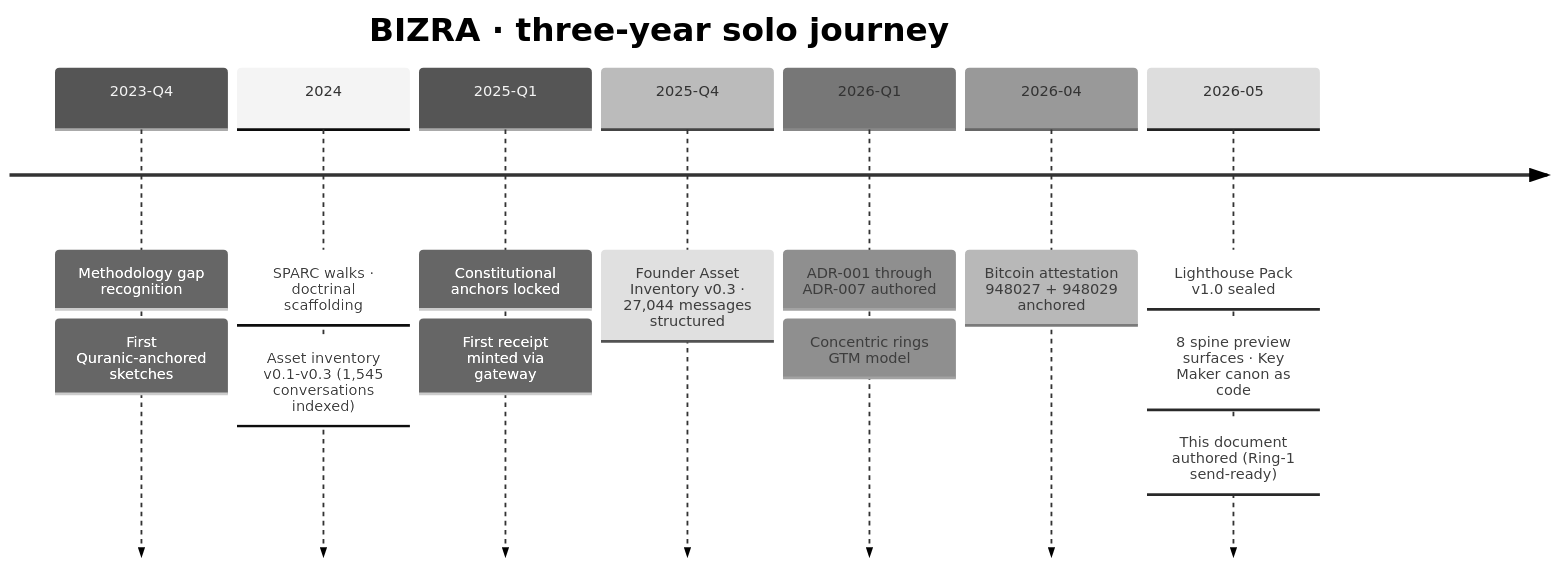
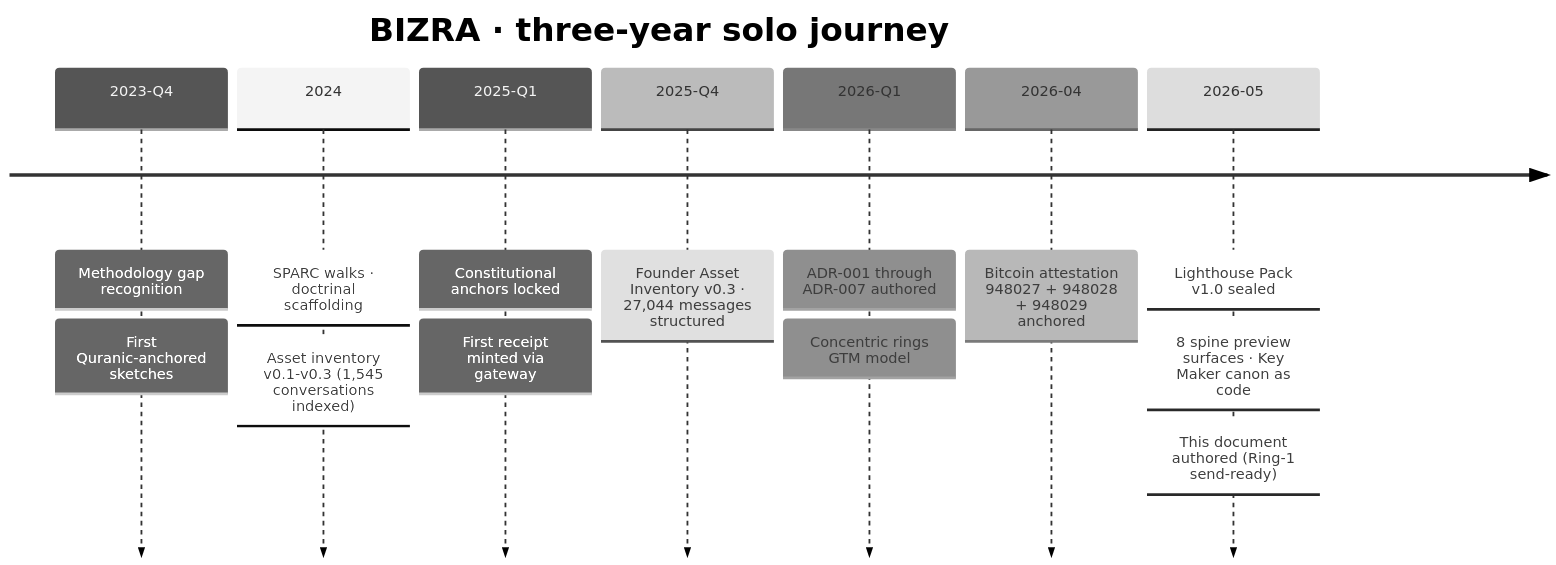
One commit to BizraInfo/Dema changed the first of 3 diagrams in docs/founder-field-notes/v0.1.md. Above: the diagram before and after it, drawn with Mermaid (neutral theme). The commit also changed other lines of this file and 3 other files, not shown here.

````diff
--- a/docs/founder-field-notes/v0.1.md
+++ b/docs/founder-field-notes/v0.1.md
@@ -104,18 +104,18 @@
 ```mermaid
 %% Three-year arc (compressed to milestones)
 timeline
   title BIZRA · three-year solo journey
   2023-Q4 : Methodology gap recognition
           : First Quranic-anchored sketches
   2024     : SPARC walks · doctrinal scaffolding
           : Asset inventory v0.1-v0.3 (1,545 conversations indexed)
   2025-Q1  : Constitutional anchors locked
           : First receipt minted via gateway
   2025-Q4  : Founder Asset Inventory v0.3 · 27,044 messages structured
   2026-Q1  : ADR-001 through ADR-007 authored
           : Concentric rings GTM model
-  2026-04  : Bitcoin attestation 948027 + 948029 anchored
+  2026-04  : Bitcoin attestation 948027 + 948028 + 948029 anchored
   2026-05  : Lighthouse Pack v1.0 sealed
           : 8 spine preview surfaces · Key Maker canon as code
           : This document authored (Ring-1 send-ready)
 ```
````
